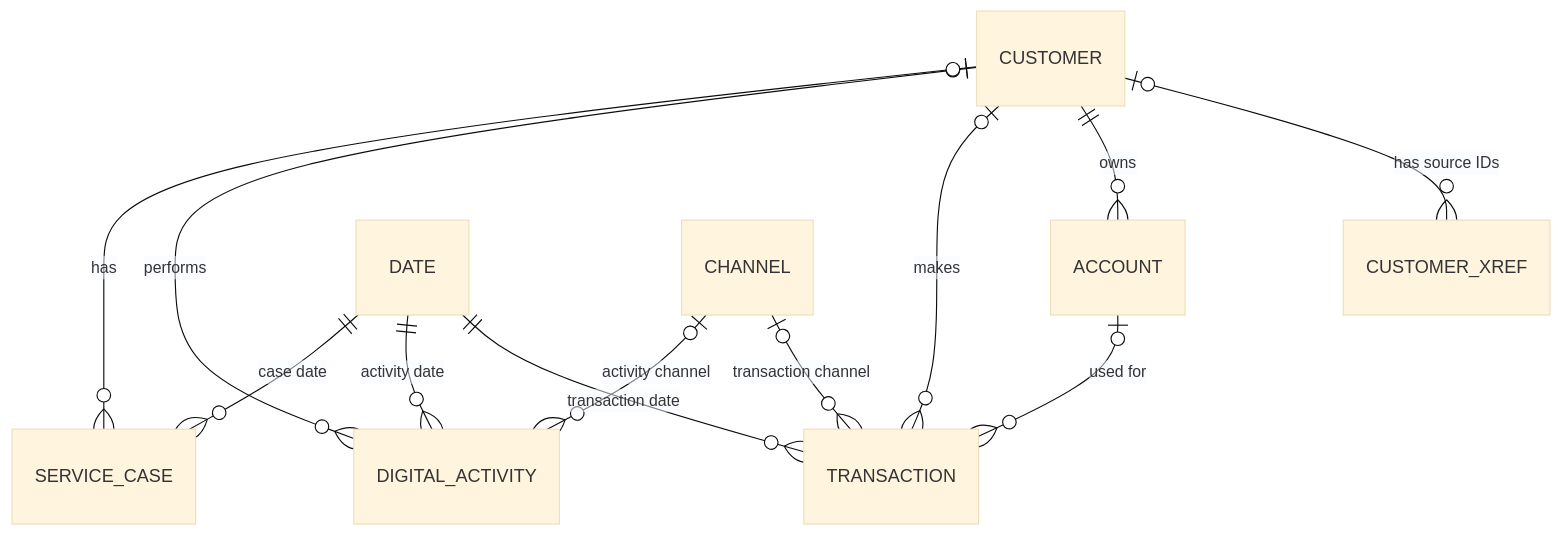
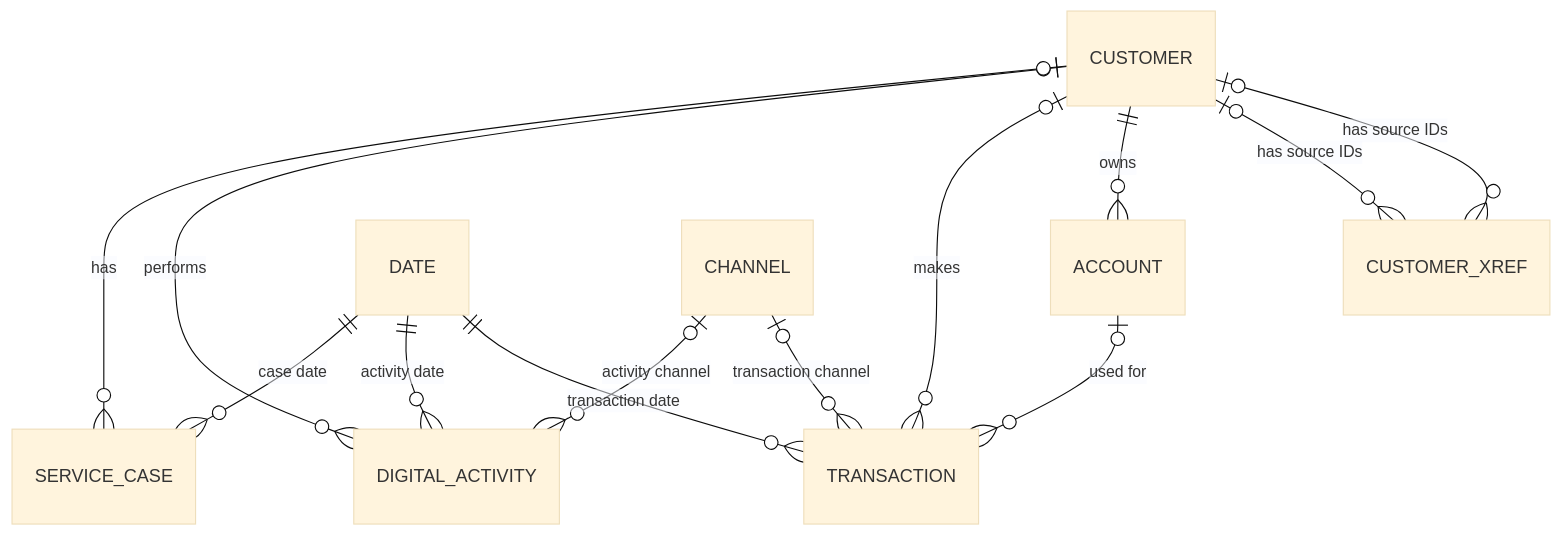
The diagram in lab-env/advanced-database-lab/workspace/contracts/DATA_MODEL.md (liangchenwang-1-alt/32113-a2-group5), drawn with Mermaid (base theme) before and after one commit. The commit also changed other lines of this file, not shown here.

Commit message:
Update DATA_MODEL.md
change of description

````diff
--- a/lab-env/advanced-database-lab/workspace/contracts/DATA_MODEL.md
+++ b/lab-env/advanced-database-lab/workspace/contracts/DATA_MODEL.md
@@ -33,16 +33,16 @@
 ```mermaid
 erDiagram
-    CUSTOMER o|--o{ CUSTOMER_XREF : "has source IDs"
+    CUSTOMER o|--o{ CUSTOMER_XREF : "has source IDs"CUSTOMER o|--o{ CUSTOMER_XREF : "has source IDs"
     CUSTOMER ||--o{ ACCOUNT : "owns"
     CUSTOMER o|--o{ TRANSACTION : "makes"
     CUSTOMER o|--o{ DIGITAL_ACTIVITY : "performs"
     CUSTOMER o|--o{ SERVICE_CASE : "has"
 
     ACCOUNT o|--o{ TRANSACTION : "used for"
     DATE ||--o{ TRANSACTION : "transaction date"
     DATE ||--o{ DIGITAL_ACTIVITY : "activity date"
     DATE ||--o{ SERVICE_CASE : "case date"
 
     CHANNEL o|--o{ TRANSACTION : "transaction channel"
     CHANNEL o|--o{ DIGITAL_ACTIVITY : "activity channel"
 ```
````
